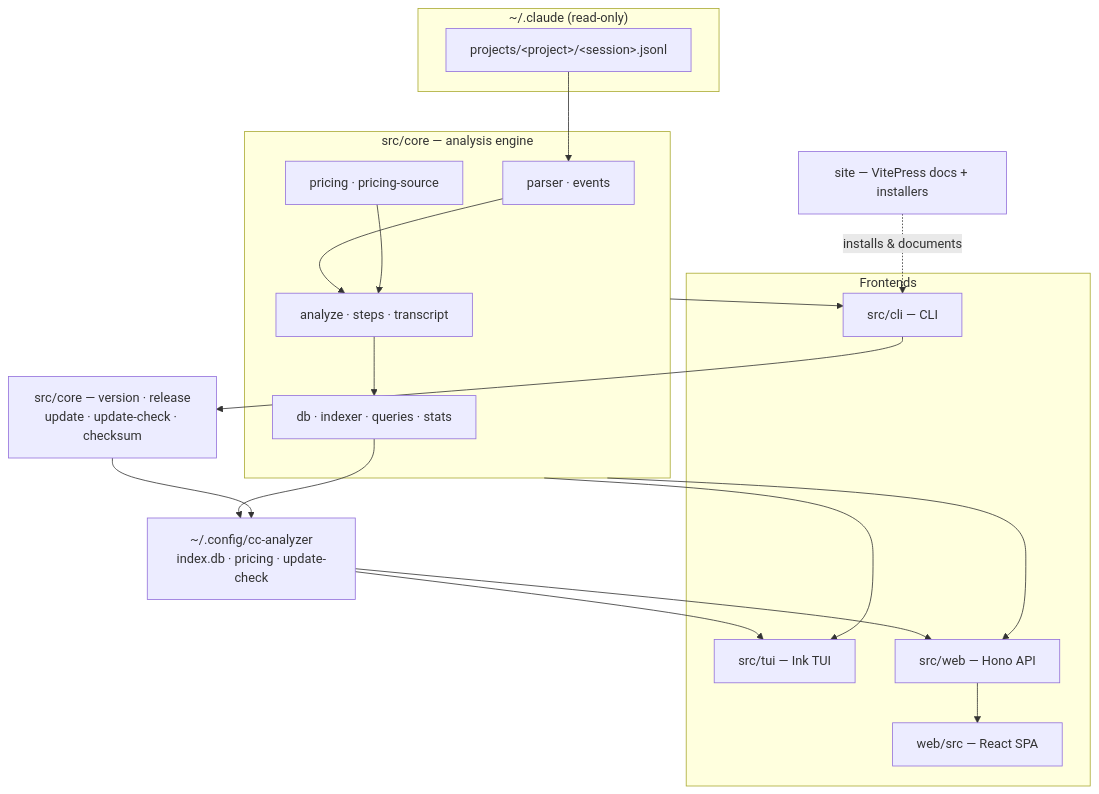
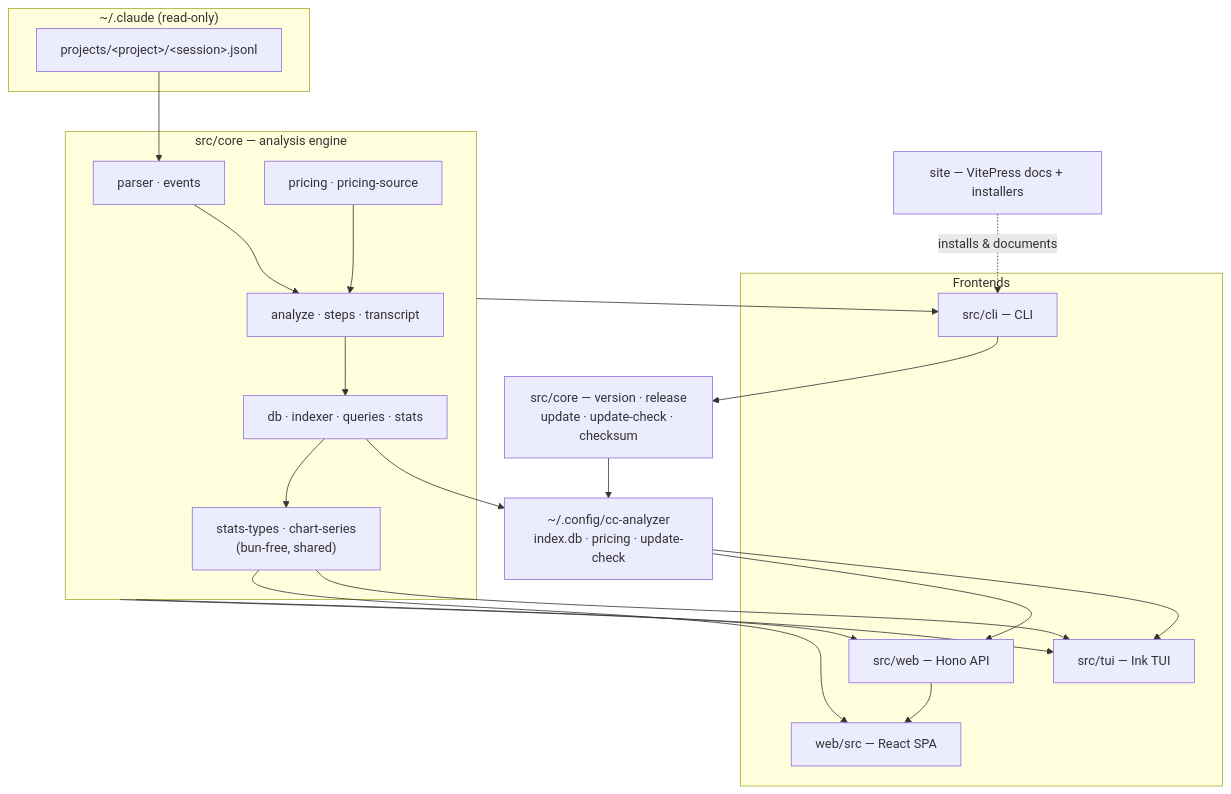
The diagram in wiki/README.md (yorch/cc-analyzer), drawn with Mermaid before and after one commit. The commit also changed other lines of this file and 19 other files, not shown here.

````diff
--- a/wiki/README.md
+++ b/wiki/README.md
@@ -24,33 +24,36 @@
 ```mermaid
 flowchart TB
     subgraph data["~/.claude (read-only)"]
         JSONL["projects/&lt;project&gt;/&lt;session&gt;.jsonl"]
     end
 
     subgraph core["src/core — analysis engine"]
         parse["parser · events"]
         analyze["analyze · steps · transcript"]
         pricing["pricing · pricing-source"]
         index["db · indexer · queries · stats"]
+        series["stats-types · chart-series<br/>(bun-free, shared)"]
     end
 
     subgraph frontends["Frontends"]
         cli["src/cli — CLI"]
         tui["src/tui — Ink TUI"]
         web["src/web — Hono API"]
         spa["web/src — React SPA"]
     end
 
     updates["src/core — version · release<br/>update · update-check · checksum"]
     site["site — VitePress docs + installers"]
     state["~/.config/cc-analyzer<br/>index.db · pricing · update-check"]
 
     JSONL --> parse --> analyze
     pricing --> analyze
     analyze --> index --> state
+    index --> series
+    series --> tui & spa
     core --> cli & tui & web
     web --> spa
     state --> tui & web
     cli --> updates --> state
     site -. installs & documents .-> cli
 ```
````
